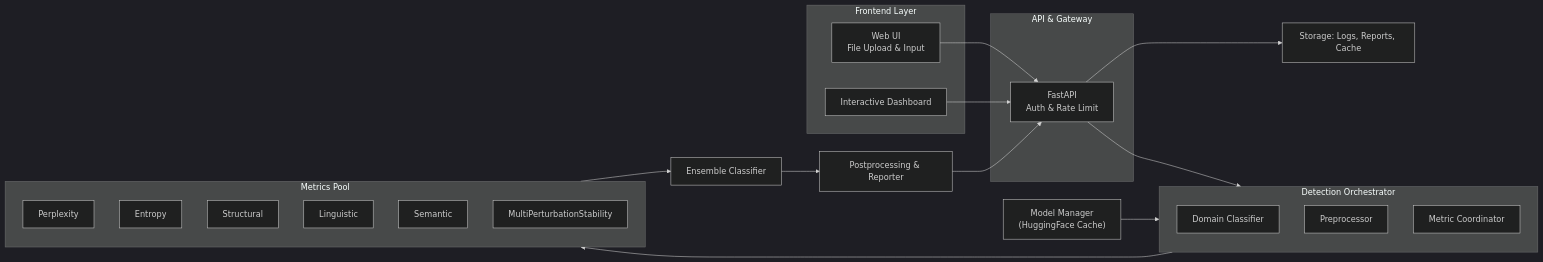
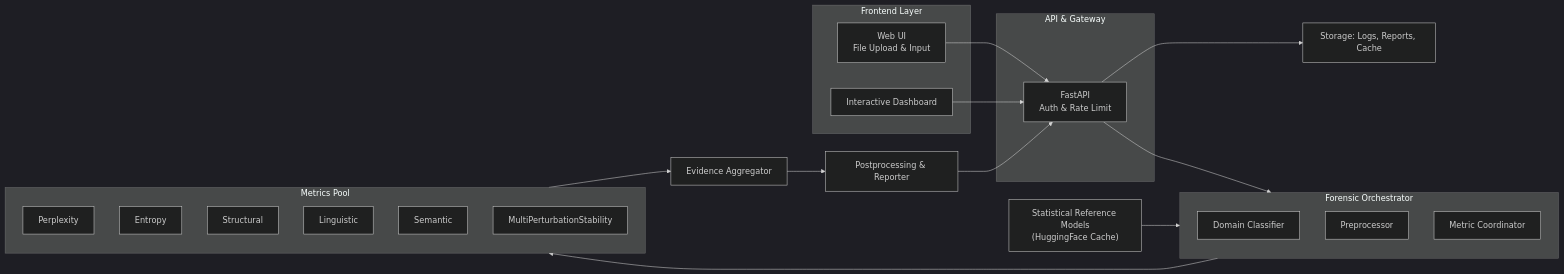
Before and after one commit to satyaki-mitra/text_authentication: the first of 3 diagrams in README.md, drawn with Mermaid. The commit also changed other lines of this file and 48 other files, not shown here.

Commit message:
Architecture updated

````diff
--- a/README.md
+++ b/README.md
@@ -129,42 +133,42 @@
 ```mermaid
 %%{init: {'theme': 'dark'}}%%
 flowchart LR
     subgraph FE [Frontend Layer]
         A[Web UI<br/>File Upload & Input]
         B[Interactive Dashboard]
     end
 
     subgraph API [API & Gateway]
         C[FastAPI<br/>Auth & Rate Limit]
     end
 
-    subgraph ORCH [Detection Orchestrator]
+    subgraph ORCH [Forensic Orchestrator]
         D[Domain Classifier]
         E[Preprocessor]
         F[Metric Coordinator]
     end
 
     subgraph METRICS [Metrics Pool]
         P1[Perplexity]
         P2[Entropy]
         P3[Structural]
         P4[Linguistic]
         P5[Semantic]
         P6[MultiPerturbationStability]
     end
 
-    G[Ensemble Classifier]
+    G[Evidence Aggregator]
     H[Postprocessing & Reporter]
-    I["Model Manager<br/>(HuggingFace Cache)"]
+    I["Statistical Reference Models<br/>(HuggingFace Cache)"]
     J[Storage: Logs, Reports, Cache]
 
     A --> C
     B --> C
     C --> ORCH
     ORCH --> METRICS
     METRICS --> G
     G --> H
     H --> C
     I --> ORCH
     C --> J
 ```
````
